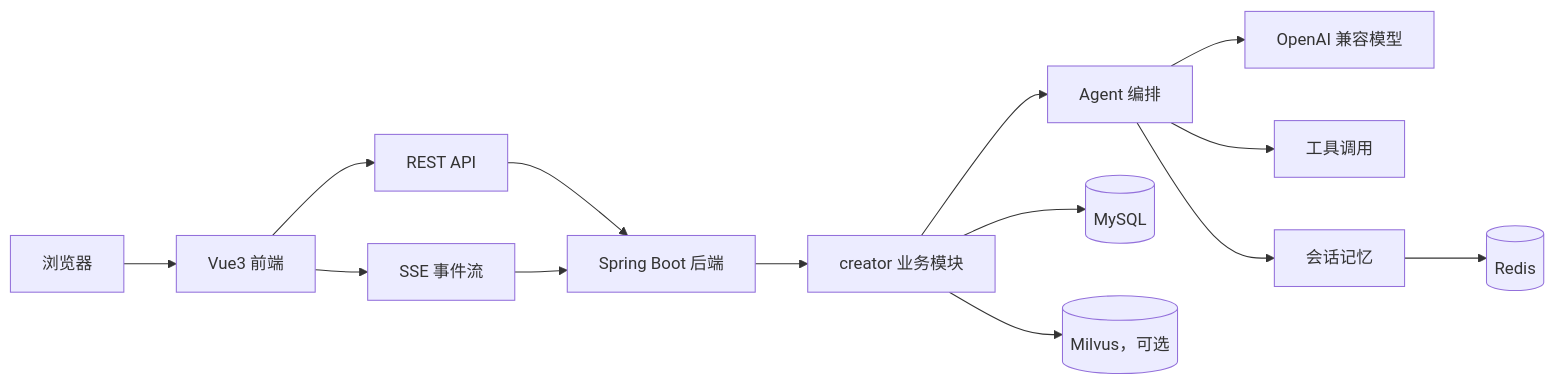
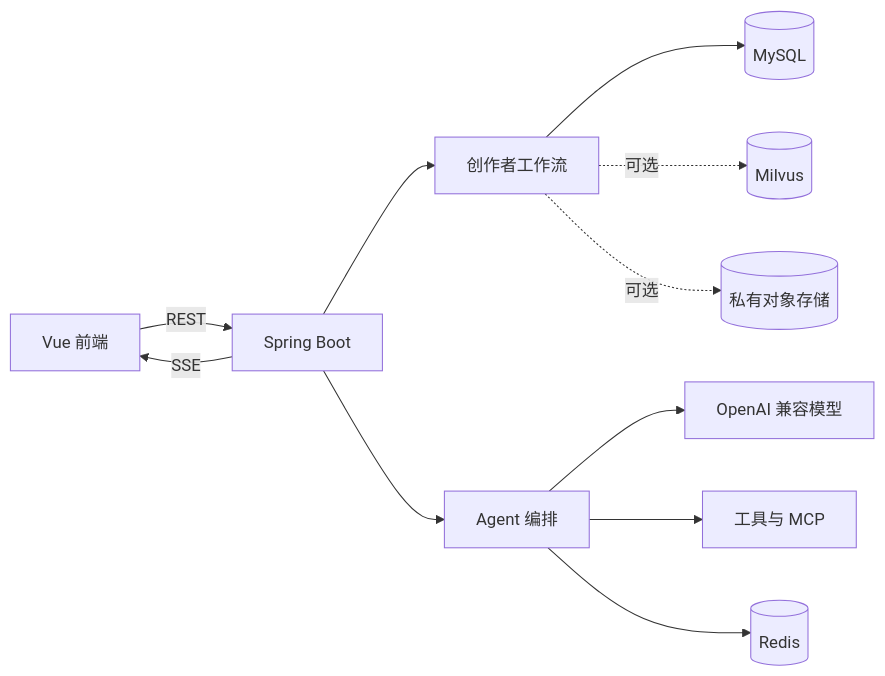
Before and after one commit to lin-0407/linkAgent: the second of 2 diagrams in README.md, drawn with Mermaid. The commit also changed other lines of this file and 52 other files, not shown here.

Commit message:
新增视频上传后的蓝图输出

````diff
--- a/README.md
+++ b/README.md
@@ -214,16 +206,13 @@
 ```mermaid
 flowchart LR
-    Browser[浏览器] --> Frontend[Vue3 前端]
-    Frontend --> Rest[REST API]
-    Frontend --> Sse[SSE 事件流]
-    Rest --> Backend[Spring Boot 后端]
-    Sse --> Backend
-    Backend --> Creator[creator 业务模块]
-    Creator --> Agent[Agent 编排]
-    Agent --> Llm[OpenAI 兼容模型]
-    Agent --> Tools[工具调用]
-    Agent --> Memory[会话记忆]
-    Creator --> Mysql[(MySQL)]
-    Memory --> Redis[(Redis)]
-    Creator --> Milvus[(Milvus，可选)]
+    Browser[Vue 前端] -->|REST| Backend[Spring Boot]
+    Backend -->|SSE| Browser
+    Backend --> Creator[创作者工作流]
+    Backend --> Agent[Agent 编排]
+    Agent --> LLM[OpenAI 兼容模型]
+    Agent --> Tools[工具与 MCP]
+    Creator --> MySQL[(MySQL)]
+    Agent --> Redis[(Redis)]
+    Creator -.可选.-> Milvus[(Milvus)]
+    Creator -.可选.-> OSS[(私有对象存储)]
 ```
````
